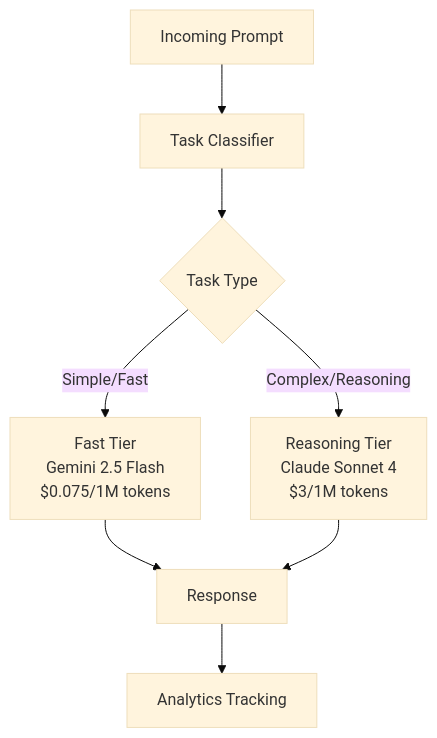
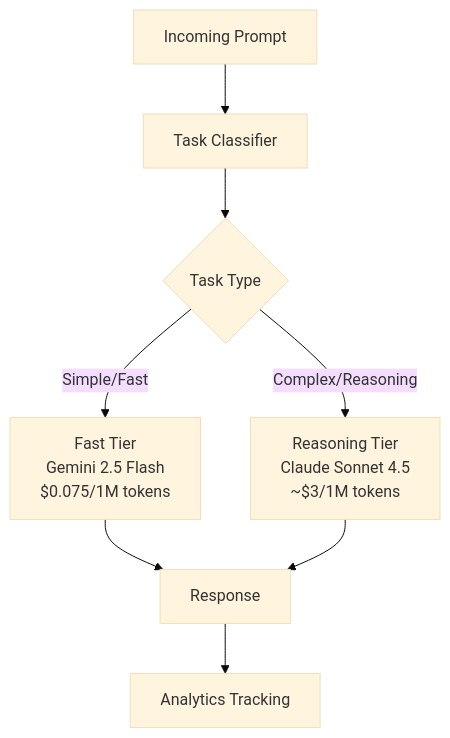
One commit to juspay/neurolink-blog changed the diagram in _posts/2025-12-04-reduce-llm-costs-smart-model-routing.md. Above: the diagram before and after it, drawn with Mermaid (base theme). The commit also changed other lines of this file and 172 other files, not shown here.

````diff
--- a/_posts/2025-12-04-reduce-llm-costs-smart-model-routing.md
+++ b/_posts/2025-12-04-reduce-llm-costs-smart-model-routing.md
@@ -54,14 +56,14 @@
 ```mermaid
 flowchart TD
     A[Incoming Prompt] --> B[Task Classifier]
     B --> C{Task Type}
     C -->|Simple/Fast| D["Fast Tier
     Gemini 2.5 Flash
     $0.075/1M tokens"]
     C -->|Complex/Reasoning| E["Reasoning Tier
-    Claude Sonnet 4
-    $3/1M tokens"]
+    Claude Sonnet 4.5
+    ~$3/1M tokens"]
     D --> F[Response]
     E --> F
     F --> G[Analytics Tracking]
 ```
````
